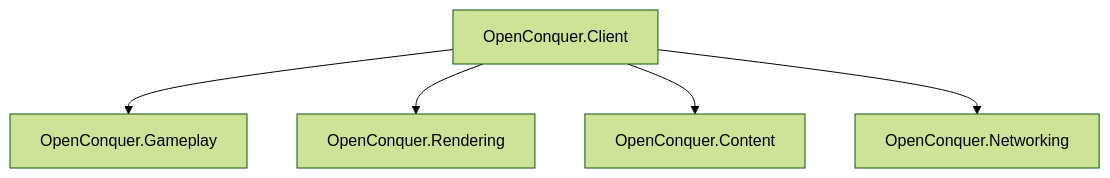
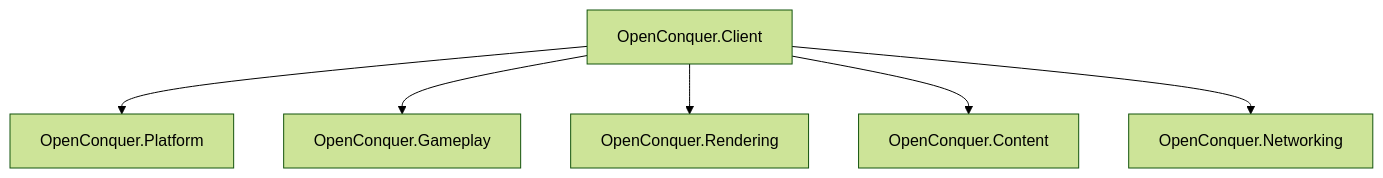
One commit to berniemackie97/OpenConquerClient changed the first of 3 diagrams in docs/architecture/architecture.md. Above: the diagram before and after it, drawn with Mermaid (forest theme). The commit also changed other lines of this file and 7 other files, not shown here.

````diff
--- a/docs/architecture/architecture.md
+++ b/docs/architecture/architecture.md
@@ -11,14 +11,16 @@
 ```mermaid
 flowchart TD
     Client["OpenConquer.Client"]
 
+    Platform["OpenConquer.Platform"]
     Gameplay["OpenConquer.Gameplay"]
     Rendering["OpenConquer.Rendering"]
     Content["OpenConquer.Content"]
     Networking["OpenConquer.Networking"]
 
+    Client --> Platform
     Client --> Gameplay
     Client --> Rendering
     Client --> Content
     Client --> Networking
 ```
````
